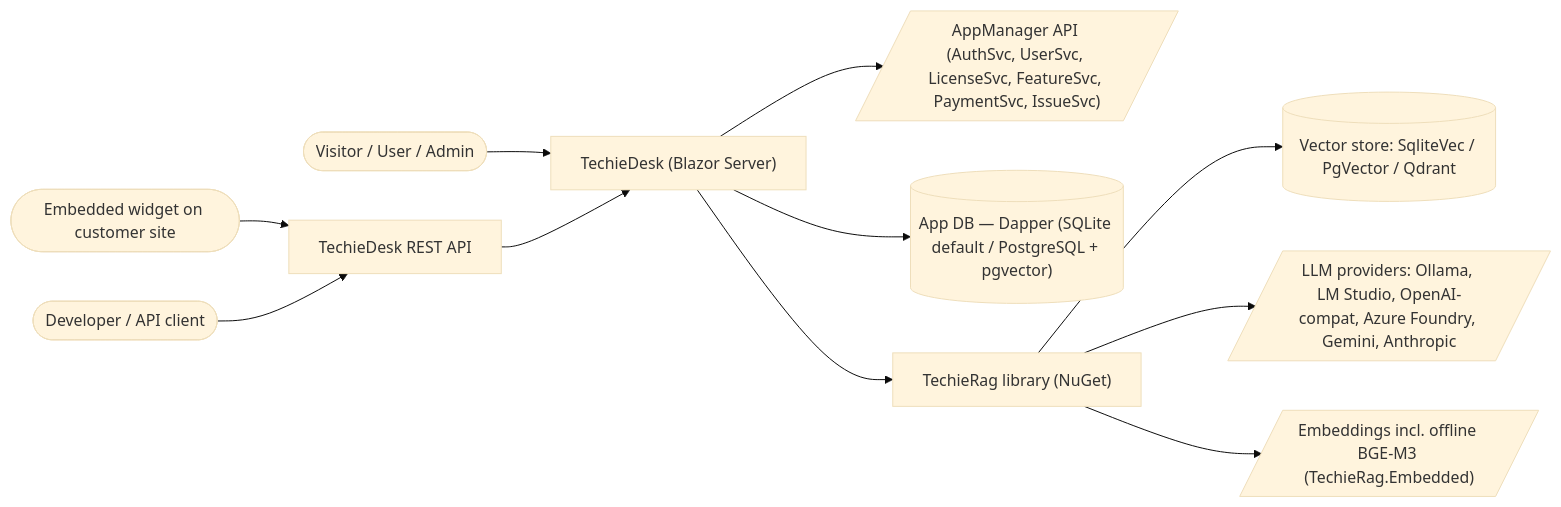
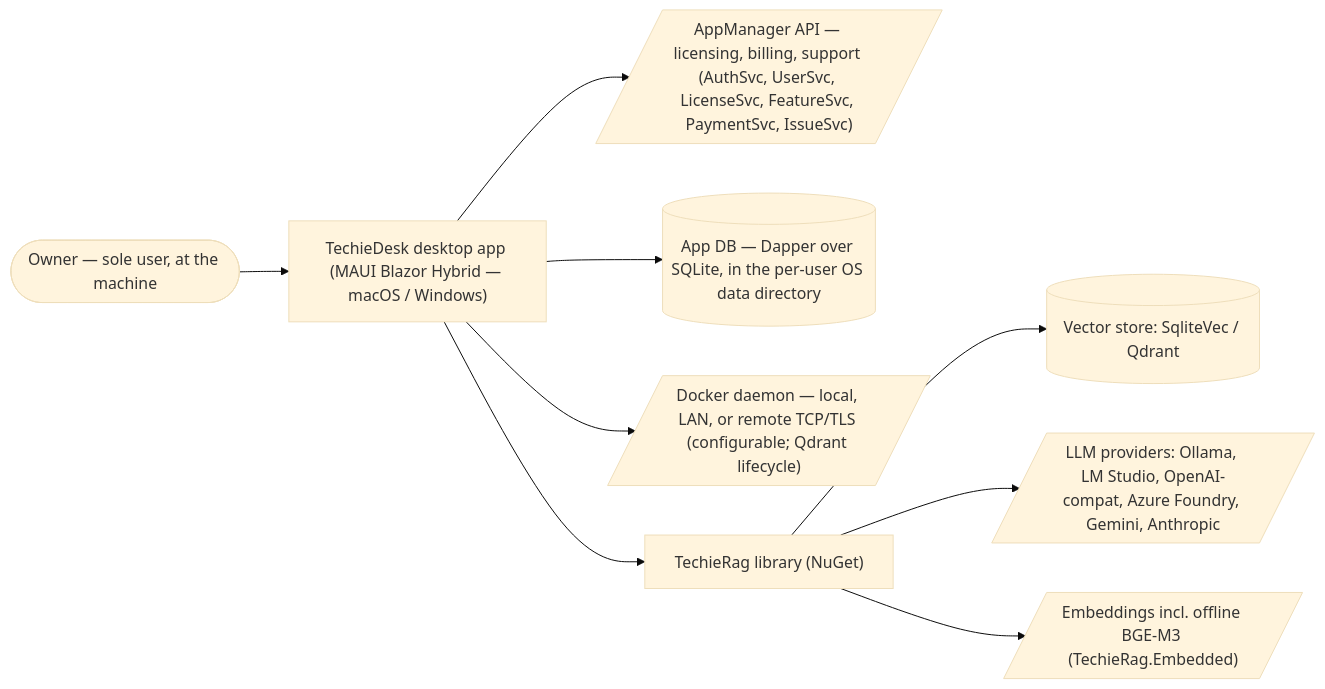
One commit to techierathore/TechieRag changed the first of 4 diagrams in docs/TechieDesk-BRD.md. Above: the diagram before and after it, drawn with Mermaid (base theme). The commit also changed other lines of this file and 954 other files, not shown here.

Commit message:
Developing TechieDesk In Progress

````diff
--- a/docs/TechieDesk-BRD.md
+++ b/docs/TechieDesk-BRD.md
@@ -142,13 +160,11 @@
 ```mermaid
 flowchart LR
-  Visitor(["Visitor / User / Admin"]) --> App["TechieDesk (Blazor Server)"]
-  Widget(["Embedded widget on customer site"]) --> API["TechieDesk REST API"]
-  DevClient(["Developer / API client"]) --> API
-  API --> App
-  App --> AM[/"AppManager API (AuthSvc, UserSvc, LicenseSvc, FeatureSvc, PaymentSvc, IssueSvc)"/]
-  App --> DB[("App DB — Dapper (SQLite default / PostgreSQL + pgvector)")]
+  Owner(["Owner — sole user, at the machine"]) --> App["TechieDesk desktop app (MAUI Blazor Hybrid — macOS / Windows)"]
+  App --> AM[/"AppManager API — licensing, billing, support (AuthSvc, UserSvc, LicenseSvc, FeatureSvc, PaymentSvc, IssueSvc)"/]
+  App --> DB[("App DB — Dapper over SQLite, in the per-user OS data directory")]
+  App --> Docker[/"Docker daemon — local, LAN, or remote TCP/TLS (configurable; Qdrant lifecycle)"/]
   App --> Lib["TechieRag library (NuGet)"]
-  Lib --> Vec[("Vector store: SqliteVec / PgVector / Qdrant")]
+  Lib --> Vec[("Vector store: SqliteVec / Qdrant")]
   Lib --> LLM[/"LLM providers: Ollama, LM Studio, OpenAI-compat, Azure Foundry, Gemini, Anthropic"/]
   Lib --> Emb[/"Embeddings incl. offline BGE-M3 (TechieRag.Embedded)"/]
 ```
````
